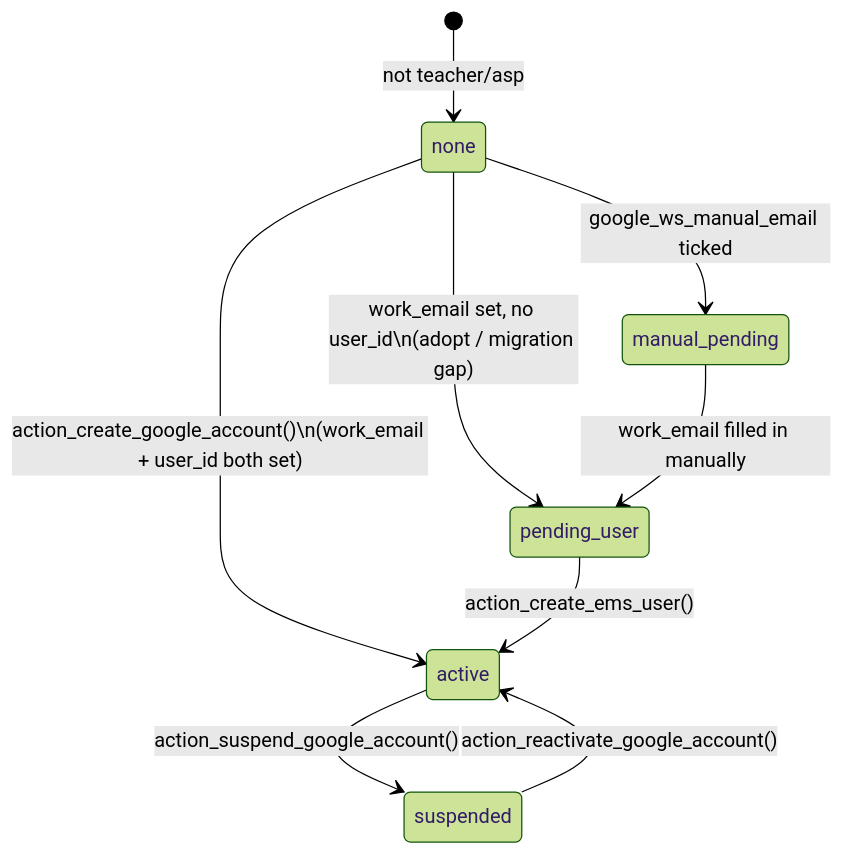
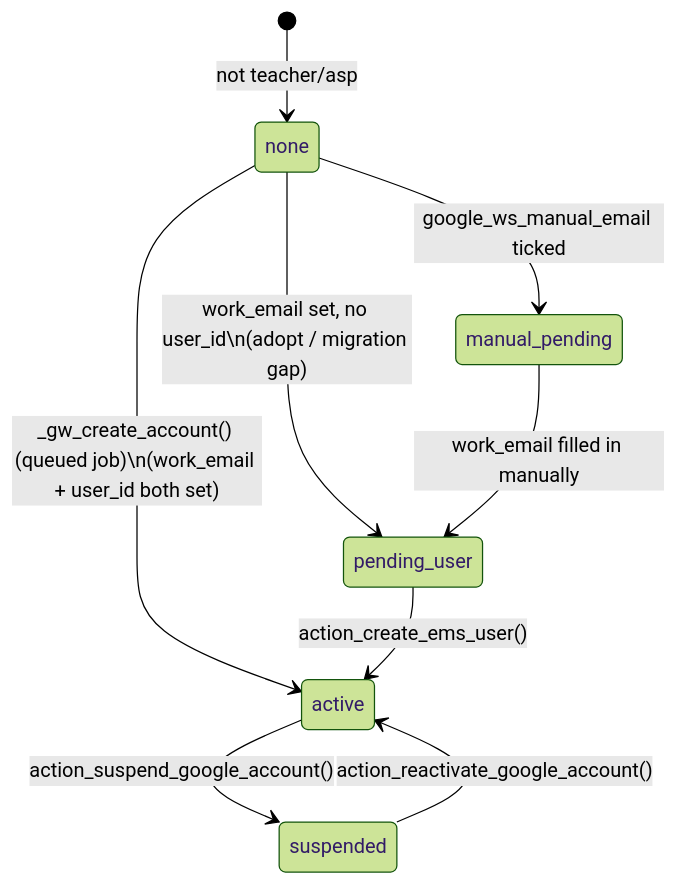
The third of 4 diagrams in docs/en/developers/employees/google_workspace_staff.md (ElPuig/EMS), drawn with Mermaid (forest theme) before and after one commit. The commit also changed other lines of this file and 106 other files, not shown here.

````diff
--- a/docs/en/developers/employees/google_workspace_staff.md
+++ b/docs/en/developers/employees/google_workspace_staff.md
@@ -213,11 +244,11 @@
 ```mermaid
 stateDiagram-v2
     [*] --> none: not teacher/asp
     none --> manual_pending: google_ws_manual_email ticked
     none --> pending_user: work_email set, no user_id\n(adopt / migration gap)
     manual_pending --> pending_user: work_email filled in manually
-    none --> active: action_create_google_account()\n(work_email + user_id both set)
+    none --> active: _gw_create_account() (queued job)\n(work_email + user_id both set)
     pending_user --> active: action_create_ems_user()
     active --> suspended: action_suspend_google_account()
     suspended --> active: action_reactivate_google_account()
 ```
````
